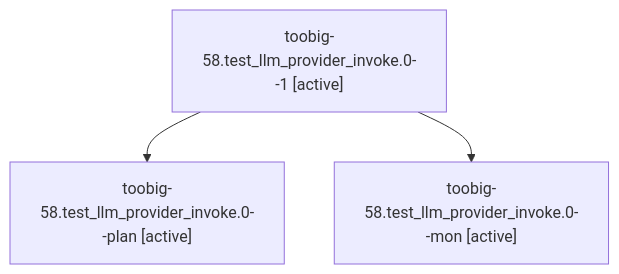
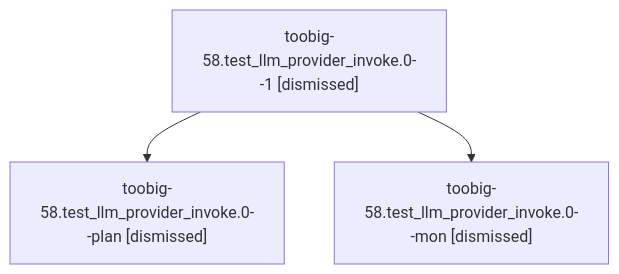
The diagram in sessions/bbugyi200.athena.toobig-58.test_llm_provider_invoke.0.md (sase-org/sase--agents), drawn with Mermaid before and after one commit. The commit also changed other lines of this file and 146 other files, not shown here.

````diff
--- a/sessions/bbugyi200.athena.toobig-58.test_llm_provider_invoke.0.md
+++ b/sessions/bbugyi200.athena.toobig-58.test_llm_provider_invoke.0.md
@@ -9,8 +9,8 @@
 ```mermaid
 flowchart TD
-  n0["toobig-58.test_llm_provider_invoke.0--1 [active]"]
-  n1["toobig-58.test_llm_provider_invoke.0--plan [active]"]
+  n0["toobig-58.test_llm_provider_invoke.0--1 [dismissed]"]
+  n1["toobig-58.test_llm_provider_invoke.0--plan [dismissed]"]
   n0 --> n1
-  n2["toobig-58.test_llm_provider_invoke.0--mon [active]"]
+  n2["toobig-58.test_llm_provider_invoke.0--mon [dismissed]"]
   n0 --> n2
 ```
````
